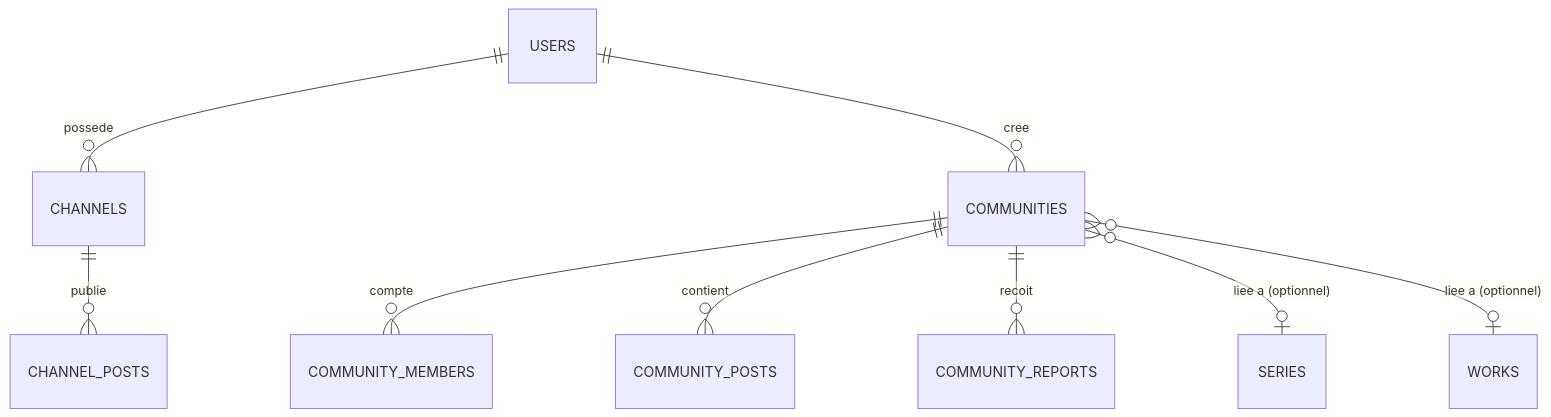
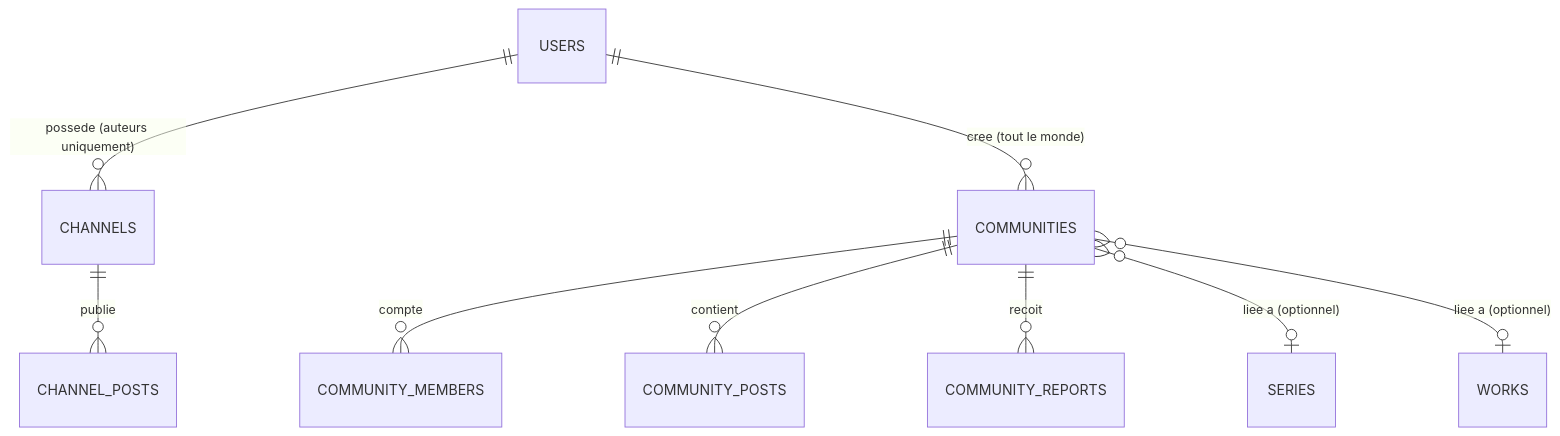
One commit to mitsukisegondconpte/Bd-obsidian changed the fourth of 4 diagrams in database/README.md. Above: the diagram before and after it, drawn with Mermaid. The commit also changed other lines of this file and 44 other files, not shown here.

````diff
--- a/database/README.md
+++ b/database/README.md
@@ -205,11 +206,11 @@
 ```mermaid
 erDiagram
-    USERS ||--o{ CHANNELS : possede
+    USERS ||--o{ CHANNELS : "possede (auteurs uniquement)"
     CHANNELS ||--o{ CHANNEL_POSTS : publie
-    USERS ||--o{ COMMUNITIES : cree
+    USERS ||--o{ COMMUNITIES : "cree (tout le monde)"
     COMMUNITIES ||--o{ COMMUNITY_MEMBERS : compte
     COMMUNITIES ||--o{ COMMUNITY_POSTS : contient
     COMMUNITIES ||--o{ COMMUNITY_REPORTS : recoit
     COMMUNITIES }o--o| SERIES : "liee a (optionnel)"
     COMMUNITIES }o--o| WORKS : "liee a (optionnel)"
 ```
````
